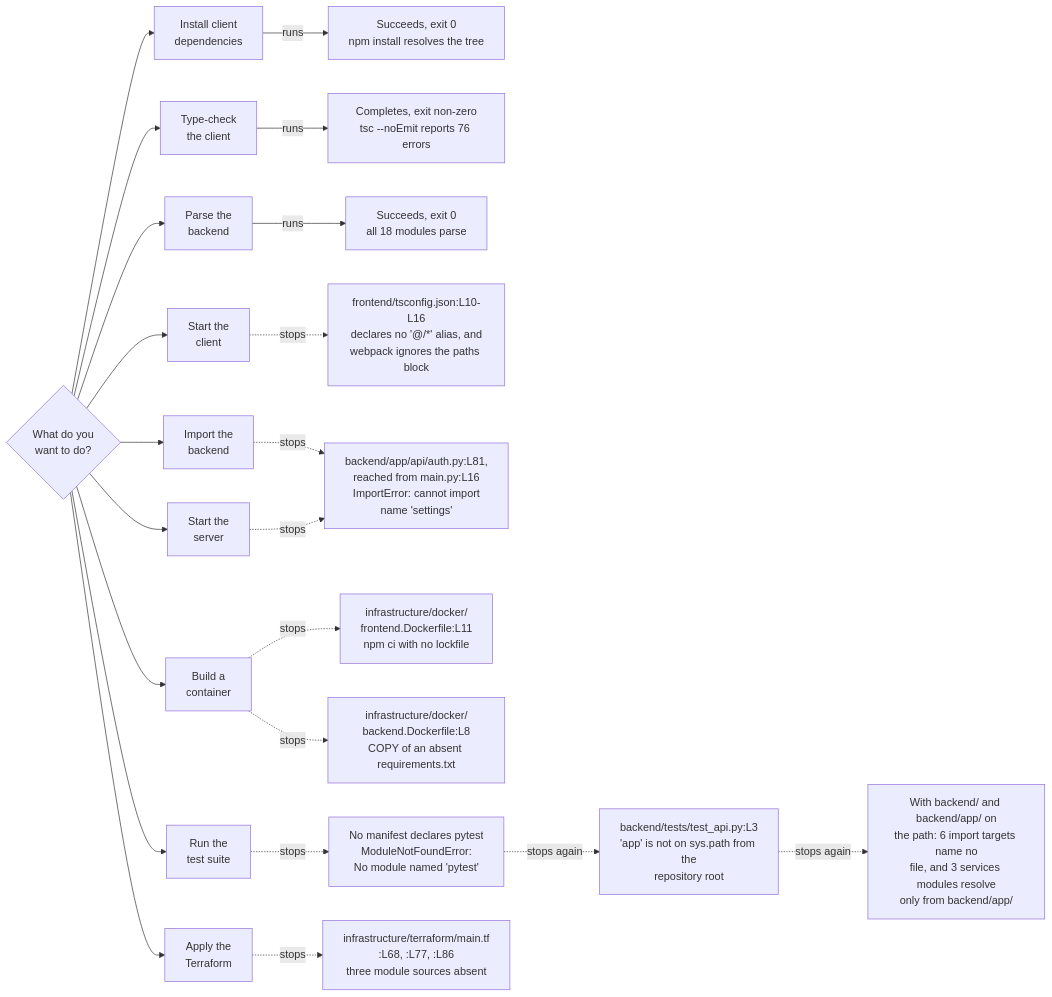
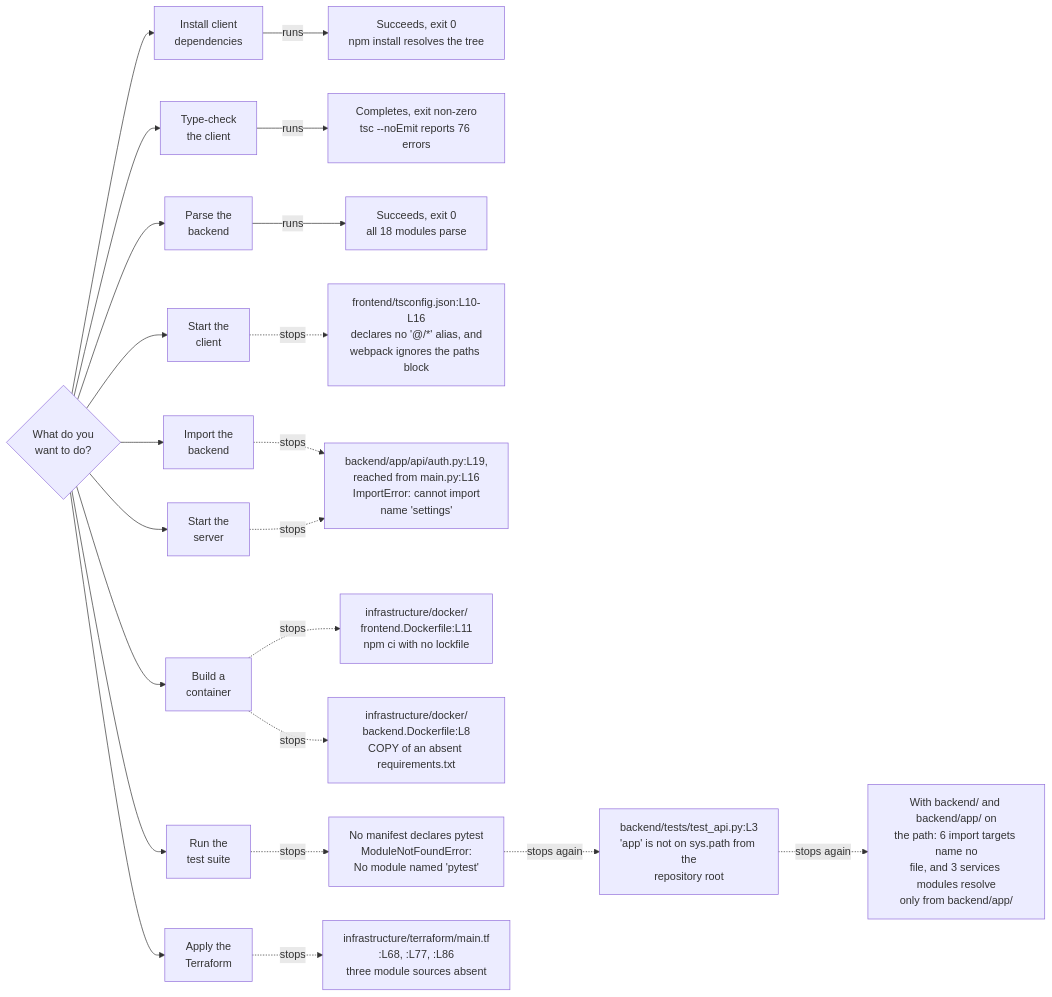
One commit to blitzy-public-samples/microsoft-word-u33ko0 changed the diagram in docs/onboarding.md. Above: the diagram before and after it, drawn with Mermaid. The commit also changed other lines of this file and 69 other files, not shown here.

````diff
--- a/docs/onboarding.md
+++ b/docs/onboarding.md
@@ -602,34 +636,34 @@
 ```mermaid
 graph LR
     accTitle: What runs today and where each run stops
     accDescr: A decision node fans out to nine tasks. Three run to completion. Six stop, and each failure node names the file and line that stops it.
     START{"What do you<br/>want to do?"}
 
     START --> A["Install client<br/>dependencies"]
     START --> B["Type-check<br/>the client"]
     START --> C["Parse the<br/>backend"]
     START --> D["Start the<br/>client"]
     START --> E["Import the<br/>backend"]
     START --> F["Start the<br/>server"]
     START --> G["Build a<br/>container"]
     START --> H["Run the<br/>test suite"]
     START --> I["Apply the<br/>Terraform"]
 
     A -->|"runs"| AOK["Succeeds, exit 0<br/>npm install resolves the tree"]
     B -->|"runs"| BOK["Completes, exit non-zero<br/>tsc --noEmit reports 76 errors"]
     C -->|"runs"| COK["Succeeds, exit 0<br/>all 18 modules parse"]
 
     D -.->|"stops"| DNO["frontend/tsconfig.json:L10-L16<br/>declares no '@/*' alias, and<br/>webpack ignores the paths block"]
-    E -.->|"stops"| ENO["backend/app/api/auth.py:L81,<br/>reached from main.py:L16<br/>ImportError: cannot import<br/>name 'settings'"]
+    E -.->|"stops"| ENO["backend/app/api/auth.py:L19,<br/>reached from main.py:L16<br/>ImportError: cannot import<br/>name 'settings'"]
     F -.->|"stops"| ENO
     G -.->|"stops"| GNO1["infrastructure/docker/<br/>frontend.Dockerfile:L11<br/>npm ci with no lockfile"]
     G -.->|"stops"| GNO2["infrastructure/docker/<br/>backend.Dockerfile:L8<br/>COPY of an absent requirements.txt"]
     H -.->|"stops"| HNO0["No manifest declares pytest<br/>ModuleNotFoundError:<br/>No module named 'pytest'"]
     HNO0 -.->|"stops again"| HNO1["backend/tests/test_api.py:L3<br/>'app' is not on sys.path from the<br/>repository root"]
     HNO1 -.->|"stops again"| HNO2["With backend/ and backend/app/ on<br/>the path: 6 import targets name no<br/>file, and 3 services modules resolve<br/>only from backend/app/"]
     I -.->|"stops"| INO["infrastructure/terraform/main.tf<br/>:L68, :L77, :L86<br/>three module sources absent"]
 
 %% A solid edge marks a path that runs to completion, and its node states whether the run succeeded.
 %% A dashed edge marks a path that stops before completing, and every failure node names the file
 %% and line that stops it.
 ```
````
